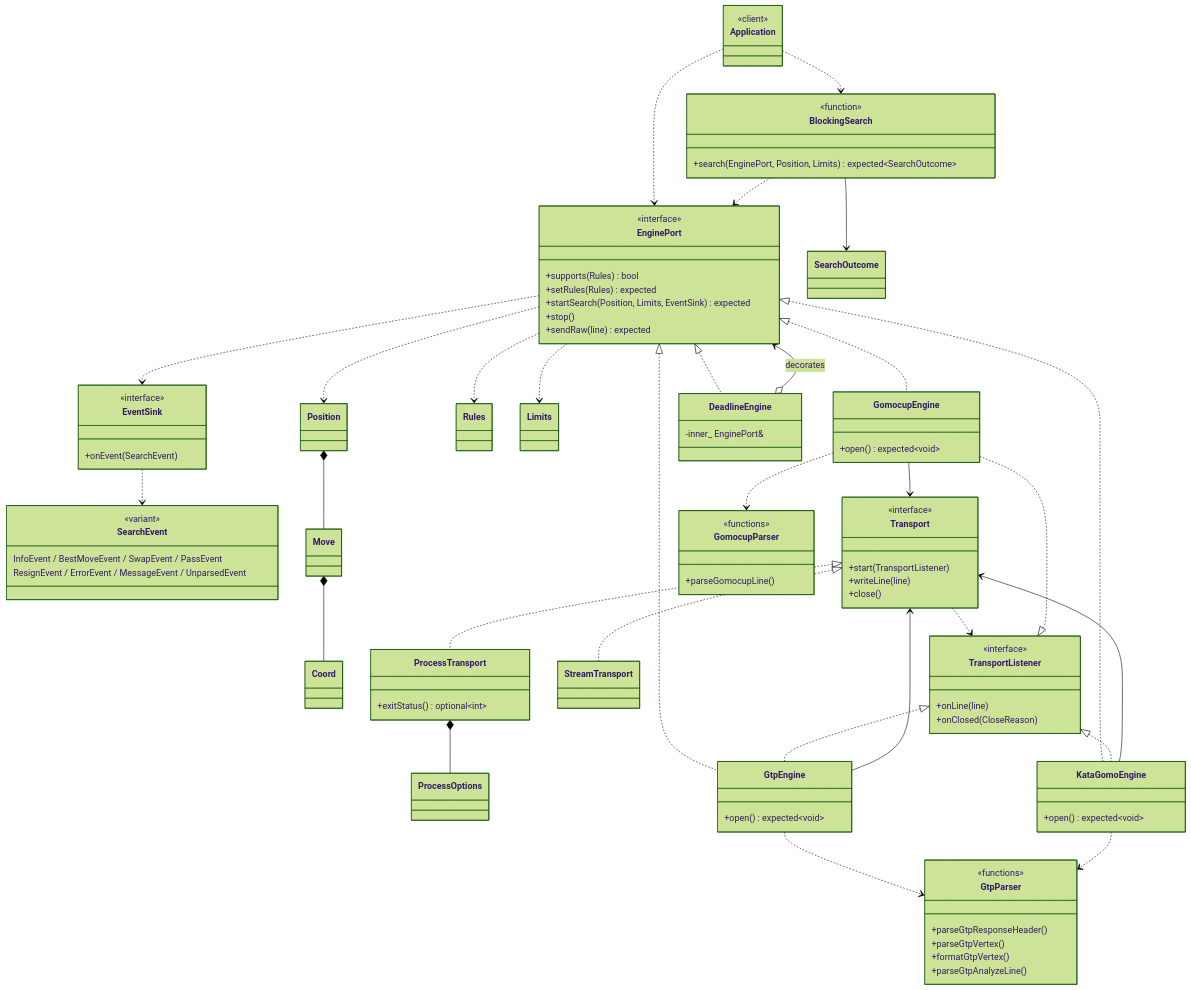
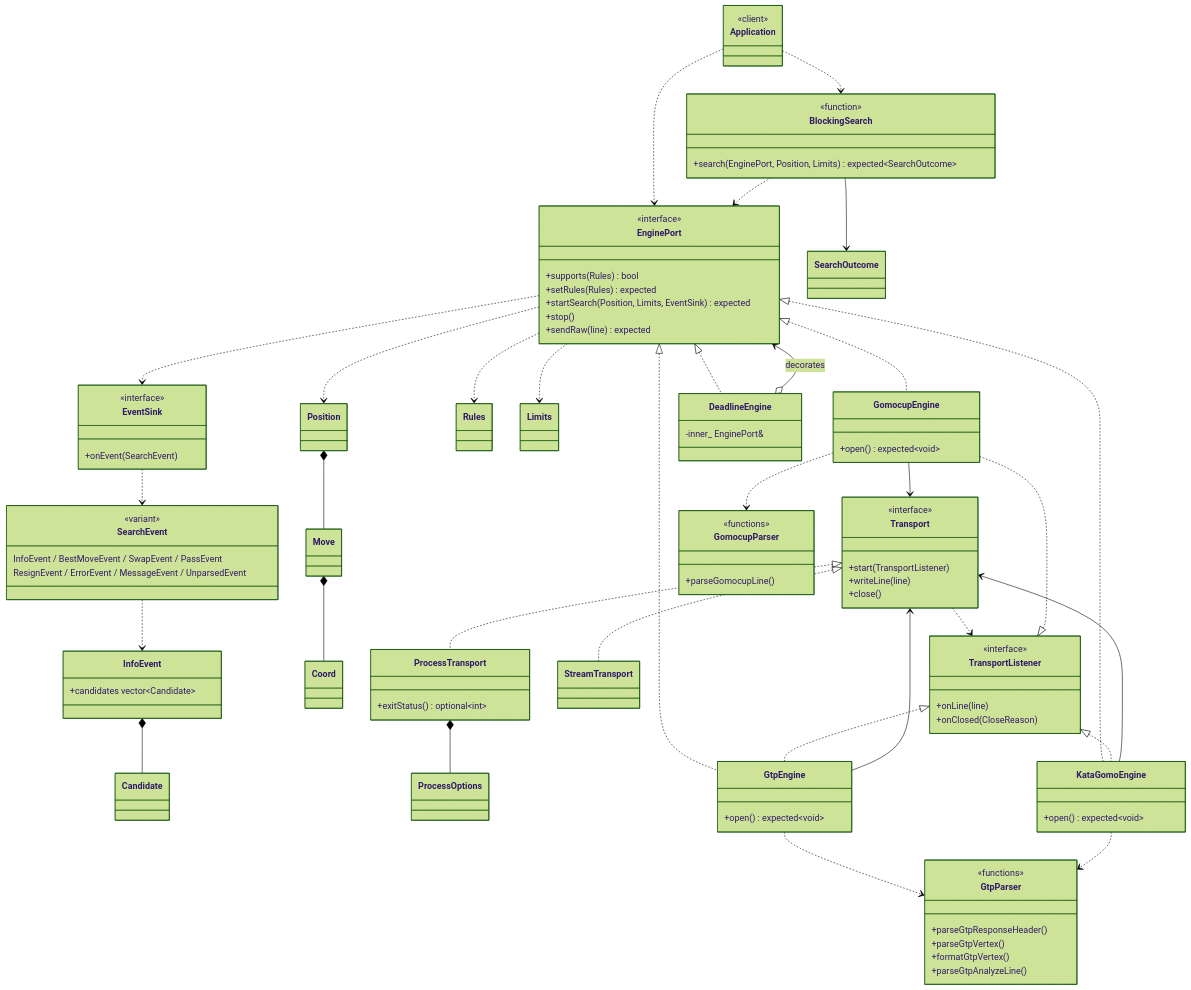
One commit to nguyencongminh090/libgomo changed the second of 3 diagrams in docs/design/architecture.md. Above: the diagram before and after it, drawn with Mermaid (forest theme). The commit also changed other lines of this file and 7 other files, not shown here.

First line of the commit message:
CORE-06 done: InfoEvent carries ranked Candidate entries

```diff
--- a/docs/design/architecture.md
+++ b/docs/design/architecture.md
@@ -61,6 +61,10 @@
     InfoEvent / BestMoveEvent / SwapEvent / PassEvent
     ResignEvent / ErrorEvent / MessageEvent / UnparsedEvent
 }
+class InfoEvent {
+    +candidates vector~Candidate~
+}
+class Candidate
 class Position
 class Rules
 class Limits
@@ -124,6 +128,8 @@
 EnginePort ..> Limits
 EnginePort ..> EventSink
 EventSink ..> SearchEvent
+SearchEvent ..> InfoEvent
+InfoEvent *-- Candidate
 Position *-- Move
 Move *-- Coord
 
```
